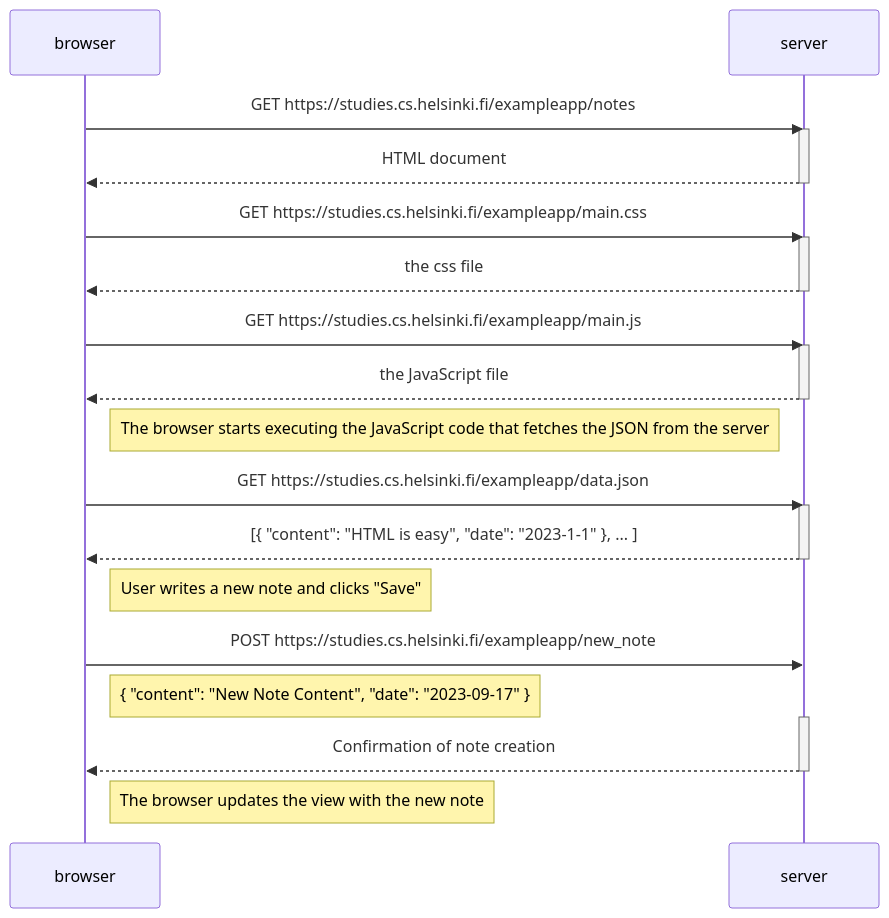
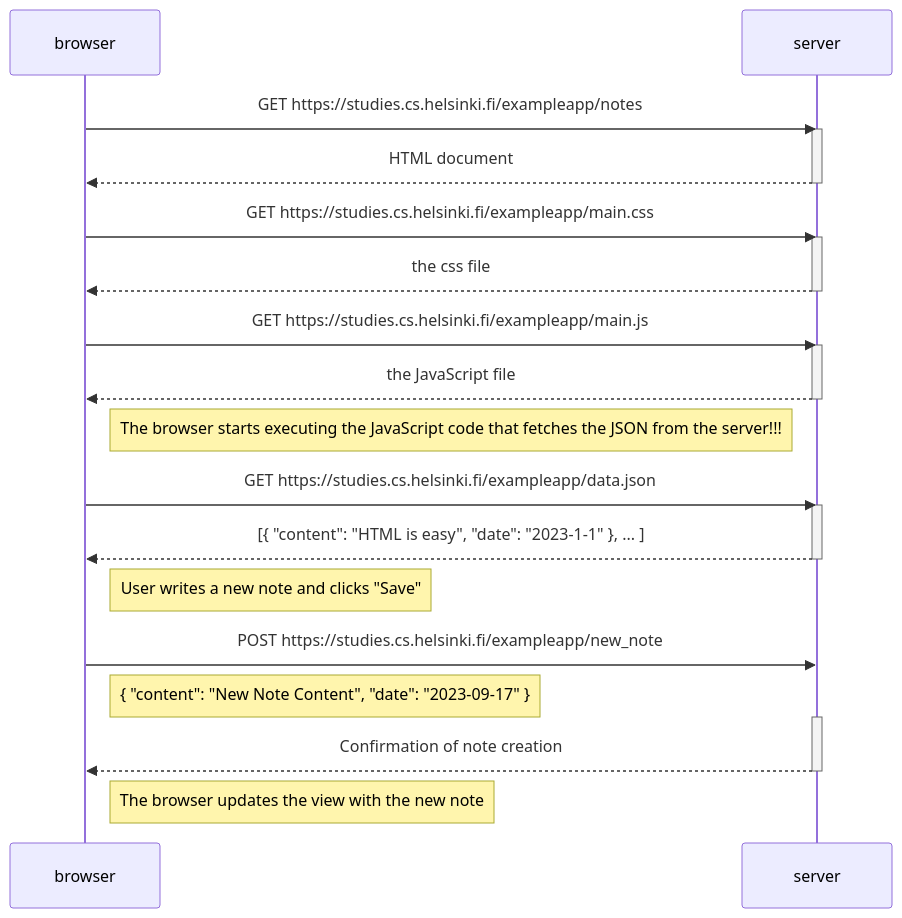
Before and after one commit to MCosuna/full-stack-open: the diagram in part_0/04_new_note_diagram.md, drawn with Mermaid.

````diff
--- a/part_0/04_new_note_diagram.md
+++ b/part_0/04_new_note_diagram.md
@@ -1,37 +1,37 @@
 ```mermaid
 sequenceDiagram
     participant browser
     participant server
 
     browser->>server: GET https://studies.cs.helsinki.fi/exampleapp/notes
     activate server
     server-->>browser: HTML document
     deactivate server
 
     browser->>server: GET https://studies.cs.helsinki.fi/exampleapp/main.css
     activate server
     server-->>browser: the css file
     deactivate server
 
     browser->>server: GET https://studies.cs.helsinki.fi/exampleapp/main.js
     activate server
     server-->>browser: the JavaScript file
     deactivate server
 
-    Note right of browser: The browser starts executing the JavaScript code that fetches the JSON from the server
+    Note right of browser: The browser starts executing the JavaScript code that fetches the JSON from the server!!!
 
     browser->>server: GET https://studies.cs.helsinki.fi/exampleapp/data.json
     activate server
     server-->>browser: [{ "content": "HTML is easy", "date": "2023-1-1" }, ... ]
     deactivate server
 
     Note right of browser: User writes a new note and clicks "Save"
 
     browser->>server: POST https://studies.cs.helsinki.fi/exampleapp/new_note
     Note right of browser: { "content": "New Note Content", "date": "2023-09-17" }
     activate server
     server-->>browser: Confirmation of note creation
     deactivate server
 
     Note right of browser: The browser updates the view with the new note
 ```
````
